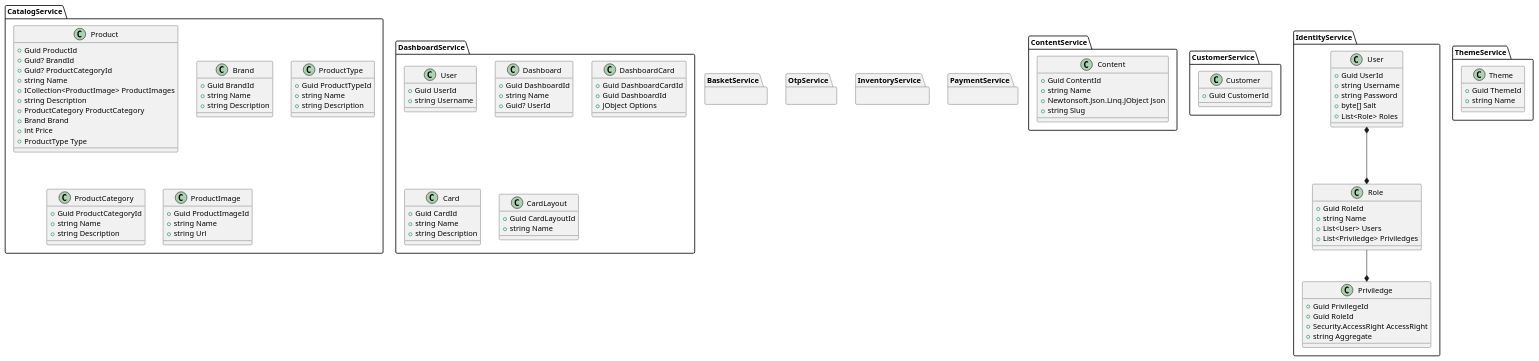
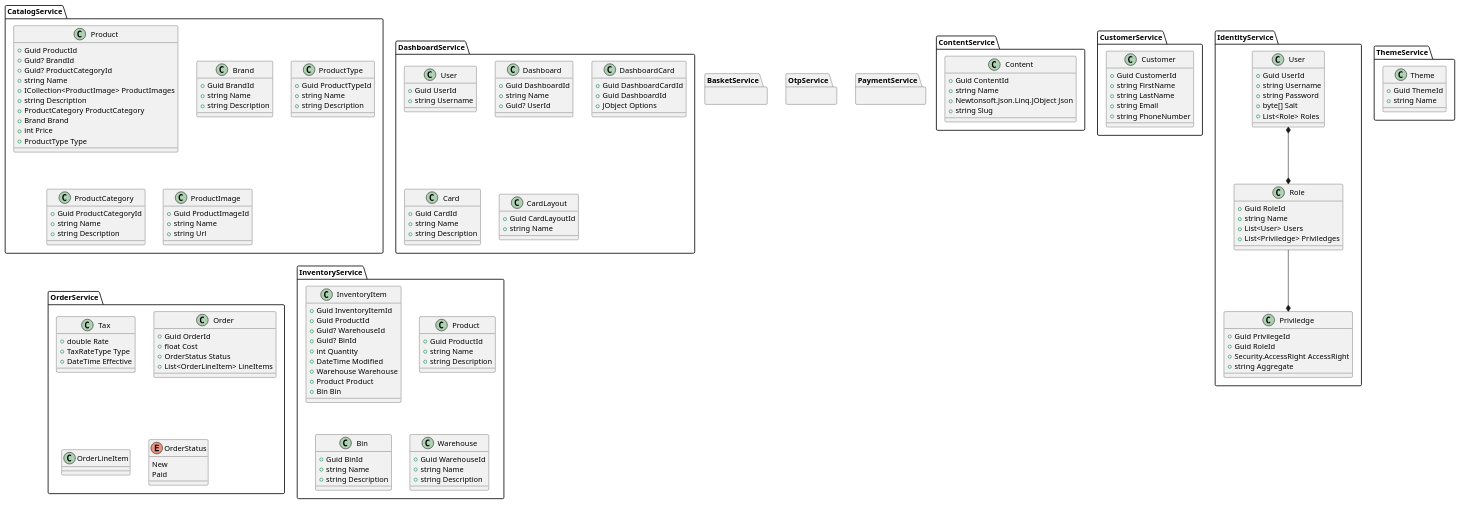
One commit to QuinntyneBrown/Huntress changed the diagram in documentation/model.plantuml. Above: the diagram before and after it, drawn with PlantUML.

```diff
--- a/documentation/model.plantuml
+++ b/documentation/model.plantuml
@@ -7,7 +7,7 @@
 
 package CatalogService {
 
-	class Product {
+	class CatalogService.Product {
 		+Guid ProductId
 		+Guid? BrandId
 		+Guid? ProductCategoryId
@@ -57,8 +57,12 @@
 }
 
 package CustomerService {
-	class Customer {
+	class CustomerService.Customer {
 		+Guid CustomerId
+		+string FirstName
+		+string LastName
+		+string Email
+		+string PhoneNumber
 	}
 }
 
@@ -128,13 +132,62 @@
 
 }
 
-package CustomerService {
+package OrderService {
+	class Tax {
+		+double Rate
+		+TaxRateType Type
+		+DateTime Effective
+	}
+	
+	class Order {
+		+Guid OrderId
+		+float Cost
+		+OrderStatus Status
+		+List<OrderLineItem> LineItems		
+	}
+	
+	class OrderLineItem {
+	
+	}
+	
+	enum OrderStatus {
+		New
+		Paid
+	}
 
 }
 
 
 package InventoryService {
-
+	class InventoryItem {
+	        +Guid InventoryItemId
+        	+Guid ProductId
+        	+Guid? WarehouseId
+		+Guid? BinId
+		+int Quantity
+		+DateTime Modified
+		+Warehouse Warehouse
+		+Product Product
+		+Bin Bin
+	}
+	
+	class InventoryService.Product {
+		+Guid ProductId
+		+string Name
+		+string Description
+	}
+	
+	class Bin {
+		+Guid BinId
+		+string Name
+		+string Description
+	}
+	
+	class Warehouse {
+		+Guid WarehouseId
+		+string Name
+		+string Description	
+	}
 }
 
 package PaymentService {
```
